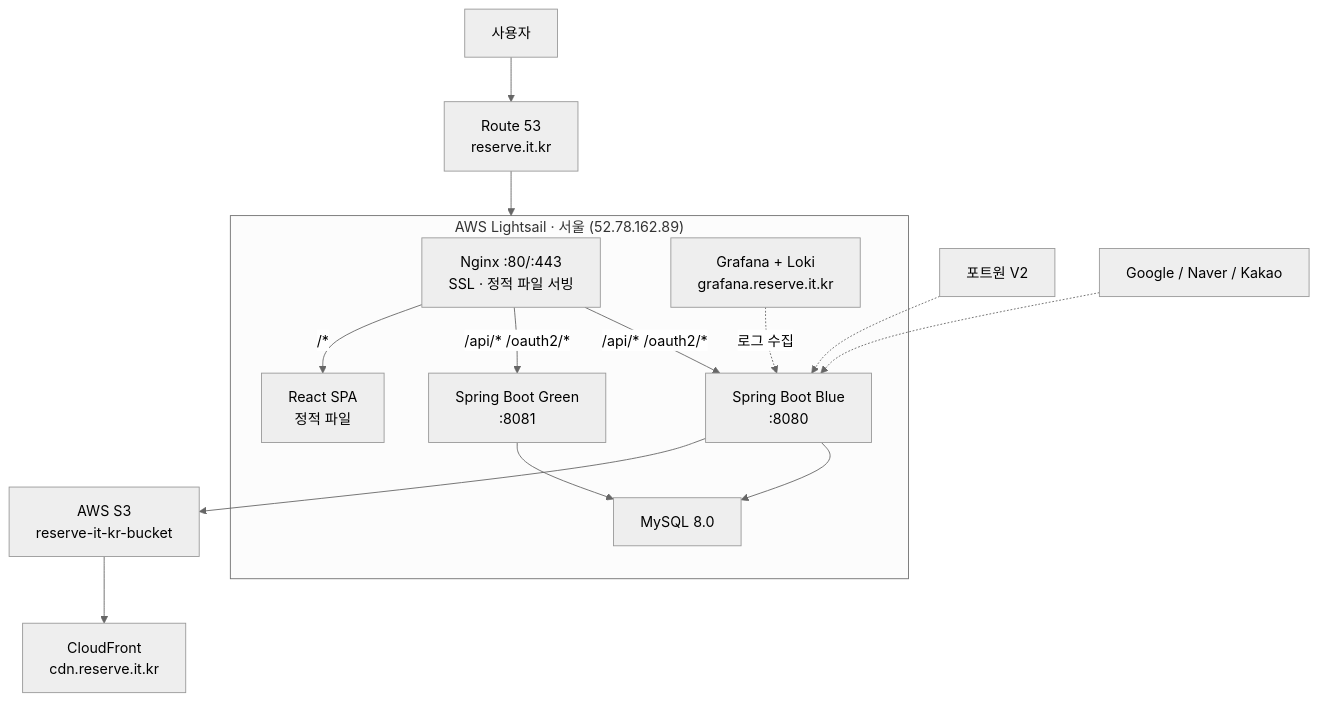
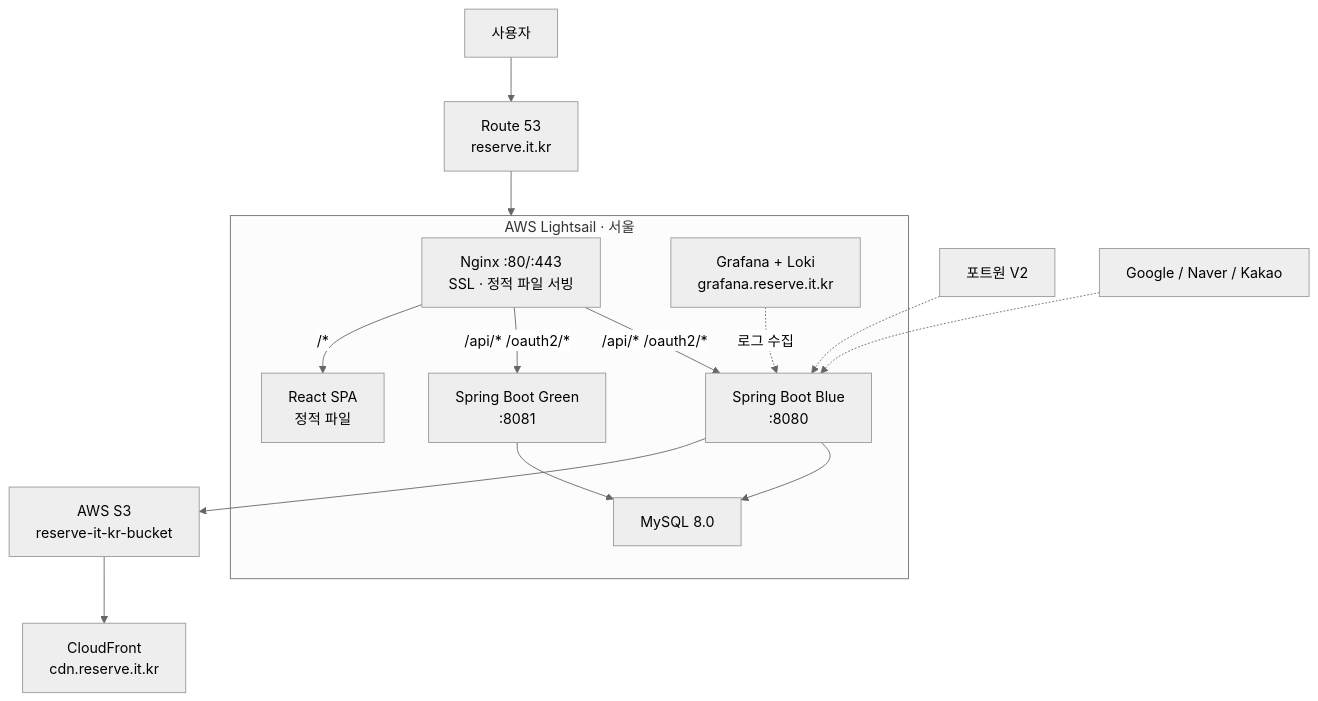
One commit to hanjeun/reserve changed the diagram in docs/technical/architecture.md. Above: the diagram before and after it, drawn with Mermaid (neutral theme). The commit also changed other lines of this file, not shown here.

Commit message:
fix: remove IP from mermaid diagram, remove duplicate monitoring note

````diff
--- a/docs/technical/architecture.md
+++ b/docs/technical/architecture.md
@@ -7,25 +7,25 @@
 ```mermaid
 graph TD
     User["사용자"] --> R53["Route 53\nreserve.it.kr"]
     R53 --> LS
 
-    subgraph LS["AWS Lightsail · 서울 (52.78.162.89)"]
+    subgraph LS["AWS Lightsail · 서울"]
         Nginx["Nginx :80/:443\nSSL · 정적 파일 서빙"]
         Blue["Spring Boot Blue\n:8080"]
         Green["Spring Boot Green\n:8081"]
         MySQL["MySQL 8.0"]
         Monitor["Grafana + Loki\ngrafana.reserve.it.kr"]
 
         Nginx -->|"/api/* /oauth2/*"| Blue
         Nginx -->|"/api/* /oauth2/*"| Green
         Nginx -->|"/*"| Static["React SPA\n정적 파일"]
         Blue --> MySQL
         Green --> MySQL
         Monitor -.->|"로그 수집"| Blue
     end
 
     Blue --> S3["AWS S3\nreserve-it-kr-bucket"]
     S3 --> CF["CloudFront\ncdn.reserve.it.kr"]
     Portone["포트원 V2"] -.-> Blue
     OAuth["Google / Naver / Kakao"] -.-> Blue
 ```
````
